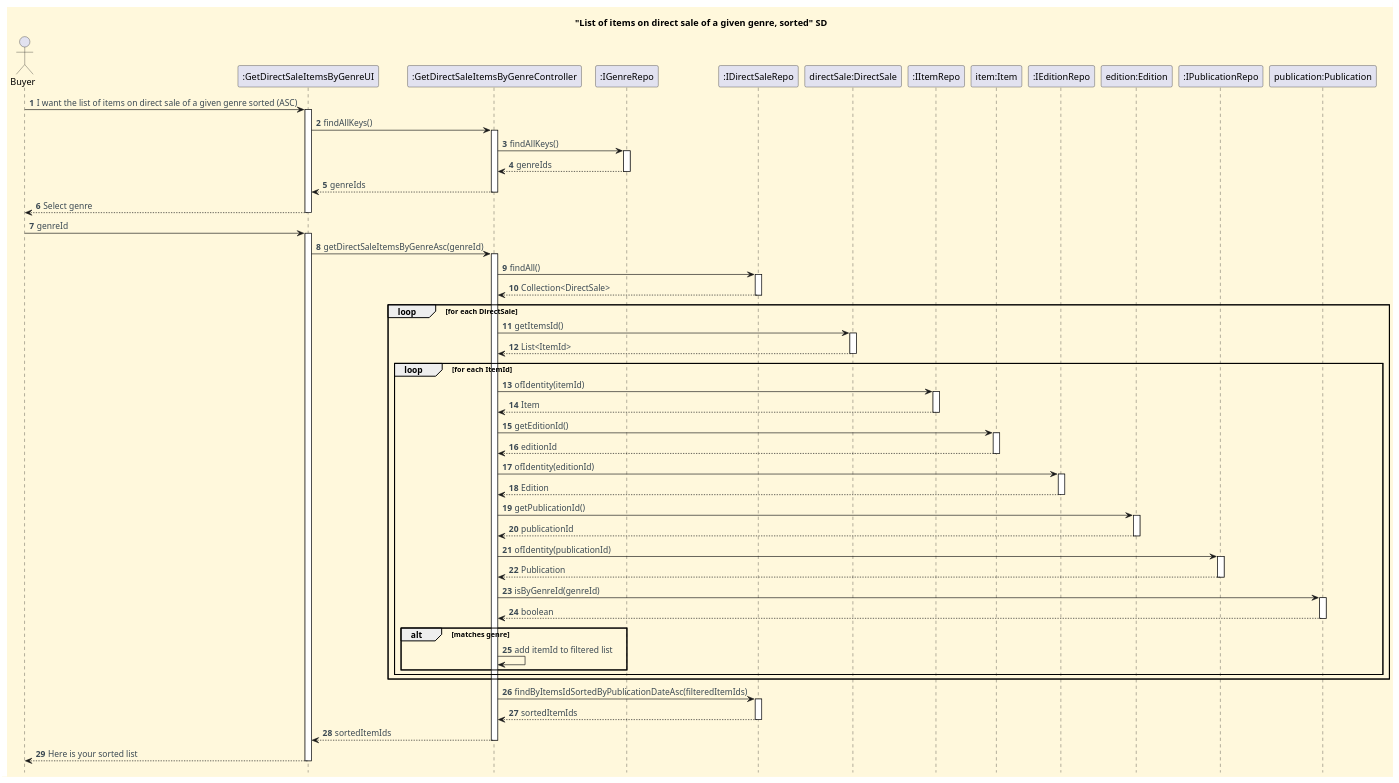
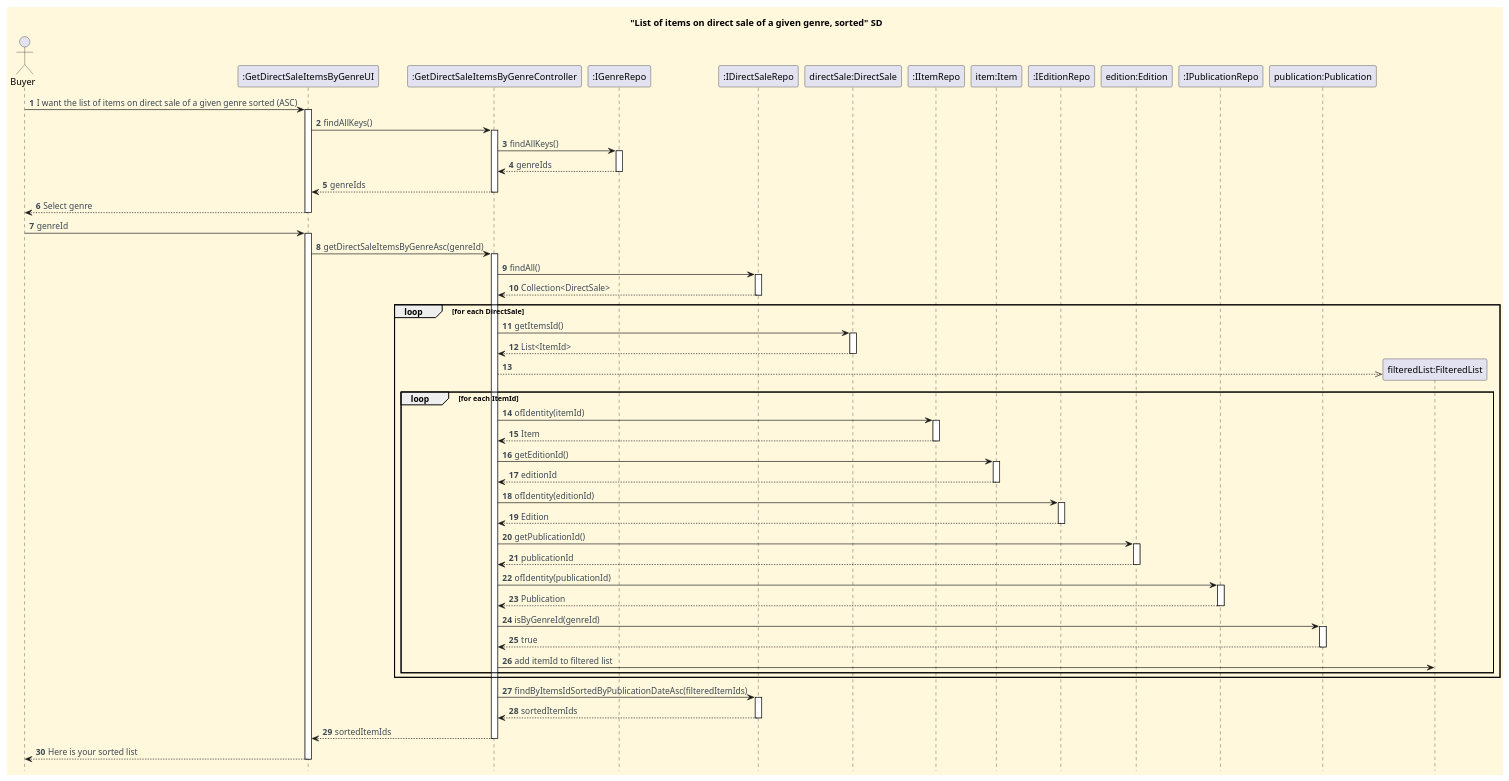
Before and after one commit to CarolinaLeite-collab/JavaMarketplacePlatform: the diagram in docs/functionalities/buyer/get-list-of-items-on-direct-sale-of-given-genre/Get_List_Of_Items_On_Direct_Sale_Of_Given_Genre_SD.puml, drawn with PlantUML.

Commit message:
fix: Minor corrections to SD diagram of US038 #905

```diff
--- a/docs/functionalities/buyer/get-list-of-items-on-direct-sale-of-given-genre/Get_List_Of_Items_On_Direct_Sale_Of_Given_Genre_SD.puml
+++ b/docs/functionalities/buyer/get-list-of-items-on-direct-sale-of-given-genre/Get_List_Of_Items_On_Direct_Sale_Of_Given_Genre_SD.puml
@@ -1,111 +1,115 @@
 @startuml
 title "List of items on direct sale of a given genre, sorted" SD
 hidefootbox
 
 skinparam shadowing false
 skinparam defaultFontName Futura
 skinparam objectFontSize 20
 skinparam backgroundColor CornSilk
 skinparam objectBackgroundColor WhiteSmoke
 skinparam ArrowFontColor #3B4953
 
 autonumber
 autoactivate off
 
 actor Buyer
 participant ":GetDirectSaleItemsByGenreUI" as UI
 participant ":GetDirectSaleItemsByGenreController" as CTL
 participant ":IGenreRepo" as AR
 participant ":IDirectSaleRepo" as DSR
 participant "directSale:DirectSale" as DS
 participant ":IItemRepo" as IR
 participant "item:Item" as Item
 participant ":IEditionRepo" as ER
 participant "edition:Edition" as Edition
 participant ":IPublicationRepo" as PR
 participant "publication:Publication" as Publication
+
 
 
 Buyer -> UI: I want the list of items on direct sale of a given genre sorted (ASC)
 activate UI
 UI -> CTL : findAllKeys()
 activate CTL
 CTL -> AR : findAllKeys()
 activate AR
 
 AR --> CTL : genreIds
 deactivate AR
 
 CTL --> UI : genreIds
 deactivate CTL
 UI --> Buyer: Select genre
 deactivate UI
 Buyer -> UI: genreId
 activate UI
 
 
 UI -> CTL: getDirectSaleItemsByGenreAsc(genreId)
 activate CTL
 
 CTL -> DSR: findAll()
 activate DSR
 
 DSR --> CTL: Collection<DirectSale>
 deactivate DSR
 
 loop for each DirectSale
     CTL -> DS: getItemsId()
     activate DS
     DS --> CTL: List<ItemId>
     deactivate DS
 
+    create "filteredList:FilteredList"
+            CTL -->>  "filteredList:FilteredList" <<create>>
+
     loop for each ItemId
         CTL -> IR: ofIdentity(itemId)
         activate IR
         IR --> CTL: Item
         deactivate IR
 
         CTL -> Item: getEditionId()
         activate Item
         Item --> CTL: editionId
         deactivate Item
 
         CTL -> ER: ofIdentity(editionId)
         activate ER
         ER --> CTL: Edition
         deactivate ER
 
         CTL -> Edition: getPublicationId()
         activate Edition
         Edition --> CTL: publicationId
         deactivate Edition
 
         CTL -> PR: ofIdentity(publicationId)
         activate PR
         PR --> CTL: Publication
         deactivate PR
 
         CTL -> Publication: isByGenreId(genreId)
         activate Publication
-        Publication --> CTL: boolean
+        Publication --> CTL: true
         deactivate Publication
 
-        alt matches genre
-            CTL -> CTL: add itemId to filtered list
-        end
+
+        CTL -> "filteredList:FilteredList": add itemId to filtered list
+
     end
 end
 
 CTL -> DSR: findByItemsIdSortedByPublicationDateAsc(filteredItemIds)
 activate DSR
 DSR --> CTL: sortedItemIds
 deactivate DSR
 
 CTL --> UI: sortedItemIds
 deactivate CTL
 
 UI --> Buyer: Here is your sorted list
 deactivate UI
 
 
 @enduml
```
